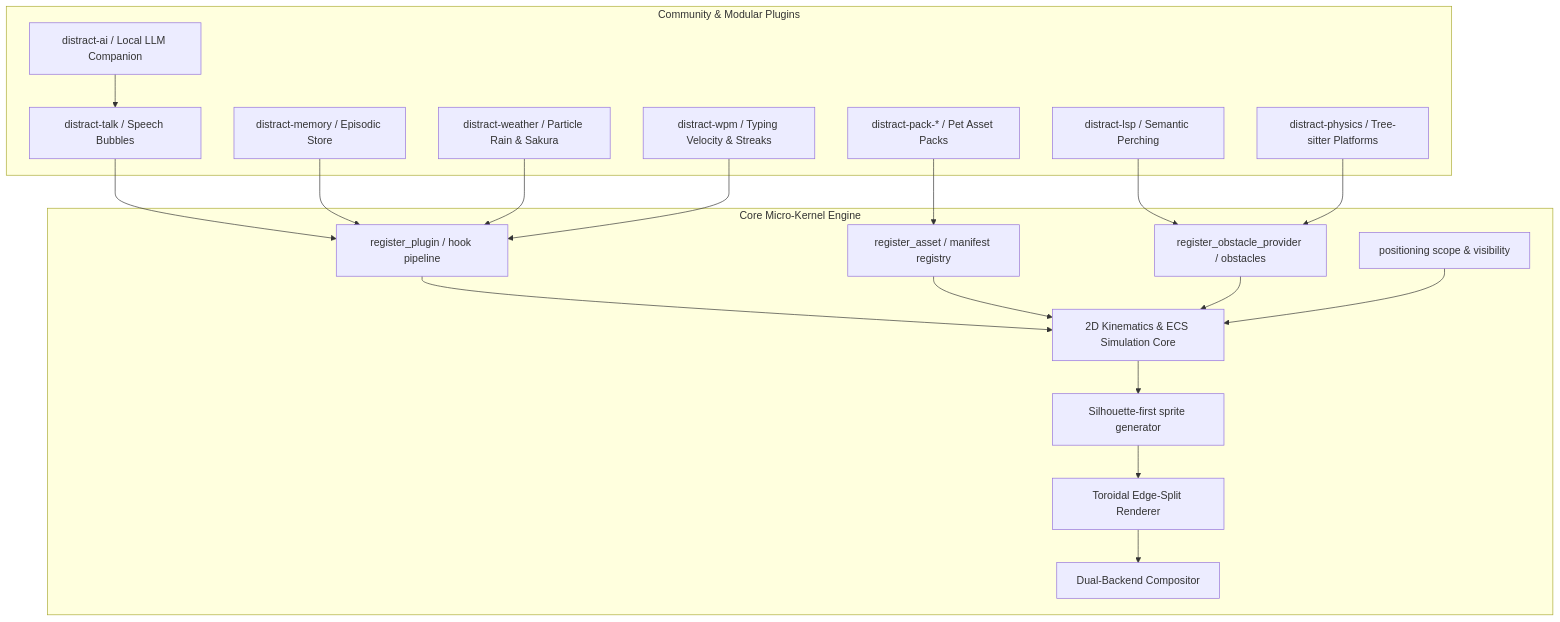
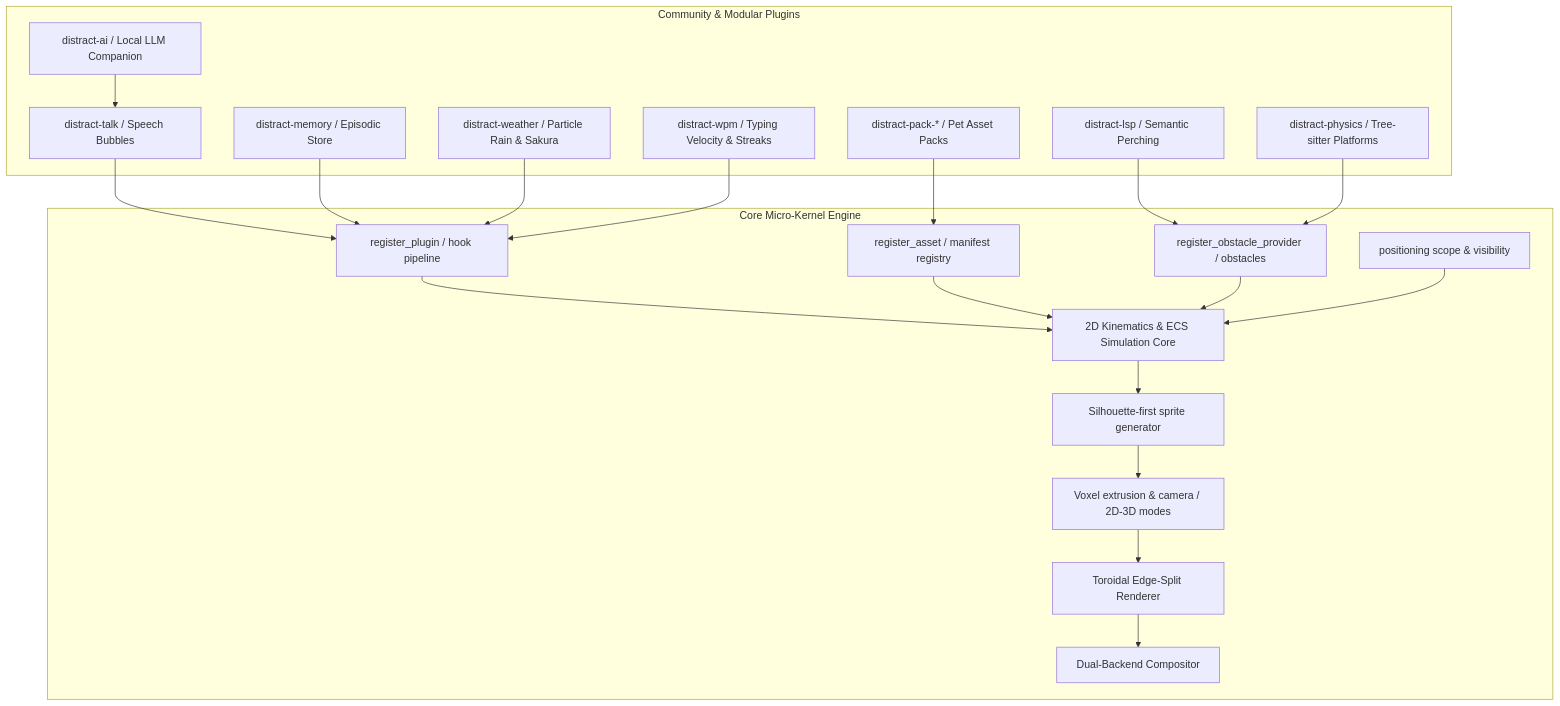
One commit to igmrrf/distract.nvim changed the diagram in future.md. Above: the diagram before and after it, drawn with Mermaid. The commit also changed other lines of this file and 4 other files, not shown here.

````diff
--- a/future.md
+++ b/future.md
@@ -33,41 +35,43 @@
 ```mermaid
 graph TD
     subgraph Community & Modular Plugins
         Talk[distract-talk / Speech Bubbles]
         Memory[distract-memory / Episodic Store]
         LSP[distract-lsp / Semantic Perching]
         Physics[distract-physics / Tree-sitter Platforms]
         Weather[distract-weather / Particle Rain & Sakura]
         AI[distract-ai / Local LLM Companion]
         WPM[distract-wpm / Typing Velocity & Streaks]
         Pack[distract-pack-* / Pet Asset Packs]
     end
 
     subgraph Core Micro-Kernel Engine
         Hooks[register_plugin / hook pipeline]
         Registry[register_asset / manifest registry]
         Spatial[register_obstacle_provider / obstacles]
         Viewport[positioning scope & visibility]
         ECS[2D Kinematics & ECS Simulation Core]
         Shading[Silhouette-first sprite generator]
+        Voxel[Voxel extrusion & camera / 2D-3D modes]
         Wrap[Toroidal Edge-Split Renderer]
         Compositor[Dual-Backend Compositor]
     end
 
     Talk --> Hooks
     Memory --> Hooks
     LSP --> Spatial
     Physics --> Spatial
     Weather --> Hooks
     AI --> Talk
     WPM --> Hooks
     Pack --> Registry
 
     Hooks --> ECS
     Registry --> ECS
     Spatial --> ECS
     Viewport --> ECS
     ECS --> Shading
-    Shading --> Wrap
+    Shading --> Voxel
+    Voxel --> Wrap
     Wrap --> Compositor
 ```
````
